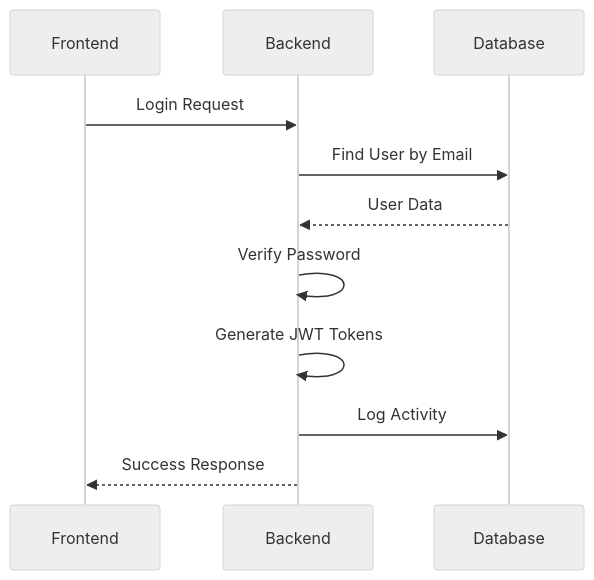
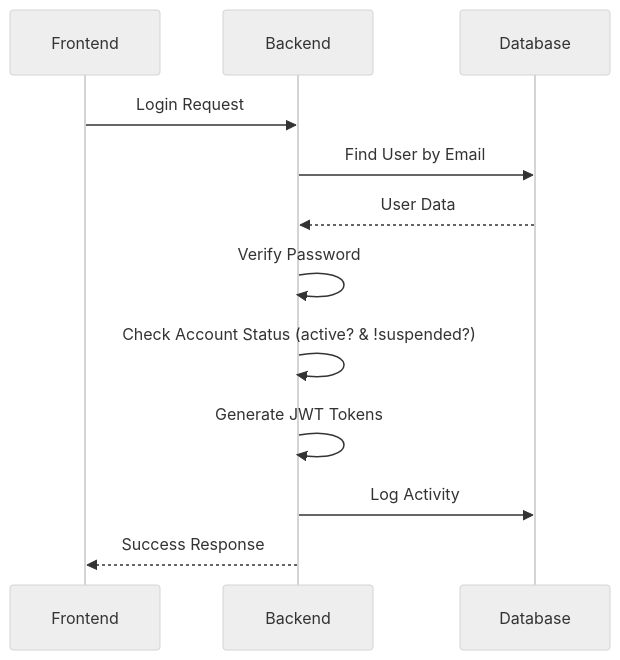
Before and after one commit to fadhlimaulidri/bootcamp_automation_3a: the eighth of 9 diagrams in slides/rfc.md, drawn with Mermaid (neutral theme). The commit also changed other lines of this file, not shown here.

````diff
--- a/slides/rfc.md
+++ b/slides/rfc.md
@@ -562,14 +566,15 @@
 ```mermaid
 sequenceDiagram
     participant Frontend
     participant Backend
     participant Database
 
     Frontend->>Backend: Login Request
     Backend->>Database: Find User by Email
     Database-->>Backend: User Data
     Backend->>Backend: Verify Password
+    Backend->>Backend: Check Account Status (active? & !suspended?)
     Backend->>Backend: Generate JWT Tokens
     Backend->>Database: Log Activity
     Backend-->>Frontend: Success Response
 ```
````
